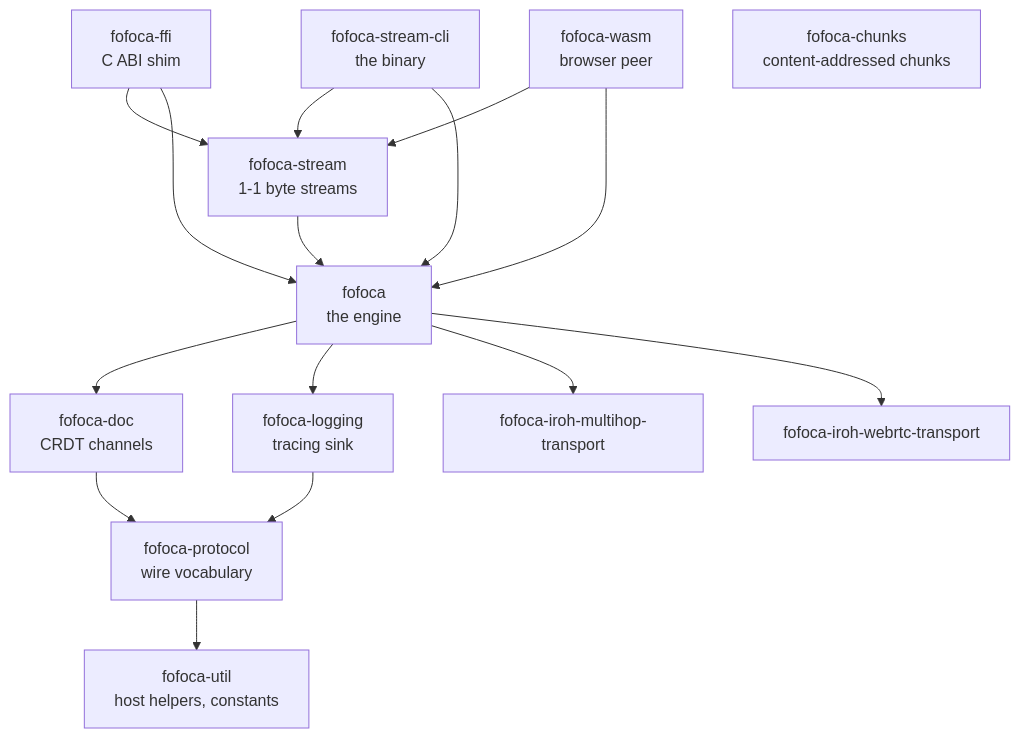
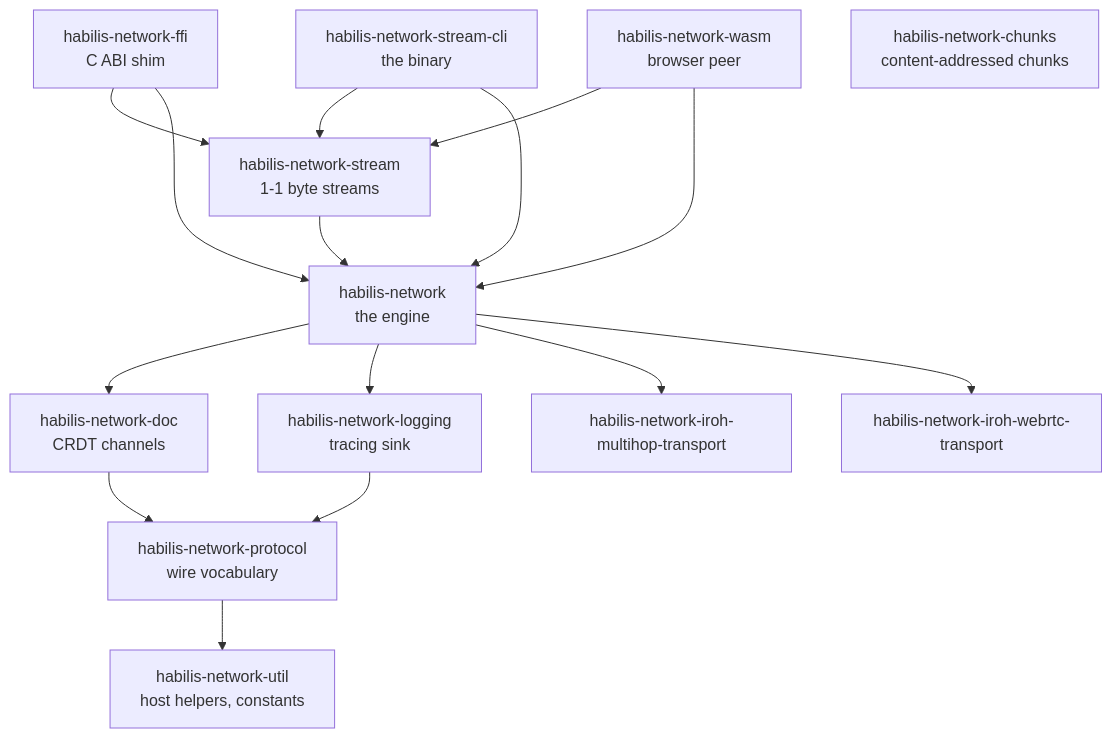
One commit to agent-habilis/habilis-network changed the second of 10 diagrams in docs/architecture.md. Above: the diagram before and after it, drawn with Mermaid. The commit also changed other lines of this file and 743 other files, not shown here.

First line of the commit message:
refactor!: rename fofoca to habilis-network

````diff
--- a/docs/architecture.md
+++ b/docs/architecture.md
@@ -89,18 +89,18 @@
 ```mermaid
 graph TD
-    ffi["fofoca-ffi<br>C ABI shim"] --> stream["fofoca-stream<br>1-1 byte streams"]
-    wasm["fofoca-wasm<br>browser peer"] --> stream
-    cli["fofoca-stream-cli<br>the binary"] --> stream
+    ffi["habilis-network-ffi<br>C ABI shim"] --> stream["habilis-network-stream<br>1-1 byte streams"]
+    wasm["habilis-network-wasm<br>browser peer"] --> stream
+    cli["habilis-network-stream-cli<br>the binary"] --> stream
     cli --> engine
     ffi --> engine
     wasm --> engine
     stream --> engine
-    engine["fofoca<br>the engine"] --> doc["fofoca-doc<br>CRDT channels"]
-    engine --> logging["fofoca-logging<br>tracing sink"]
-    engine --> mh["fofoca-iroh-multihop-transport"]
-    engine --> webrtc["fofoca-iroh-webrtc-transport"]
-    doc --> proto["fofoca-protocol<br>wire vocabulary"]
+    engine["habilis-network<br>the engine"] --> doc["habilis-network-doc<br>CRDT channels"]
+    engine --> logging["habilis-network-logging<br>tracing sink"]
+    engine --> mh["habilis-network-iroh-multihop-transport"]
+    engine --> webrtc["habilis-network-iroh-webrtc-transport"]
+    doc --> proto["habilis-network-protocol<br>wire vocabulary"]
     logging --> proto
-    proto --> util["fofoca-util<br>host helpers, constants"]
-    chunks["fofoca-chunks<br>content-addressed chunks"]
+    proto --> util["habilis-network-util<br>host helpers, constants"]
+    chunks["habilis-network-chunks<br>content-addressed chunks"]
 ```
````
